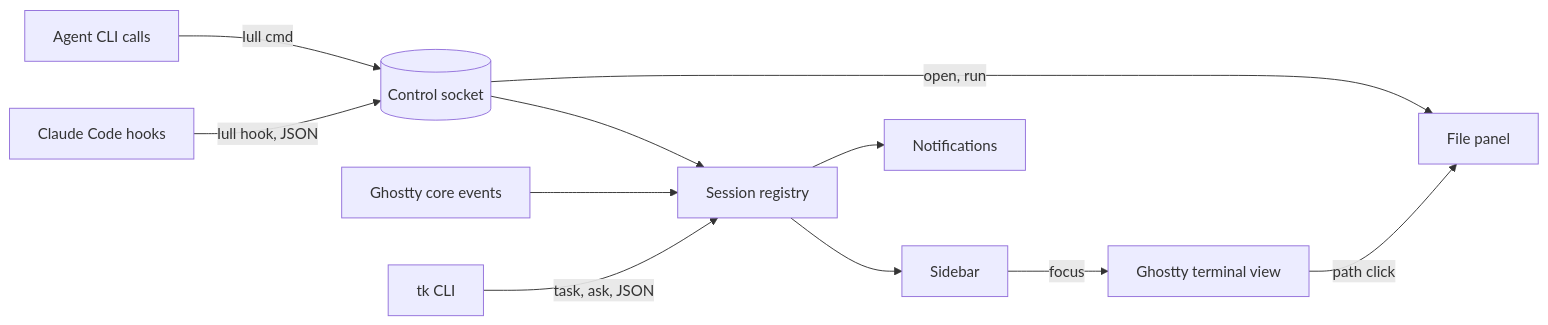
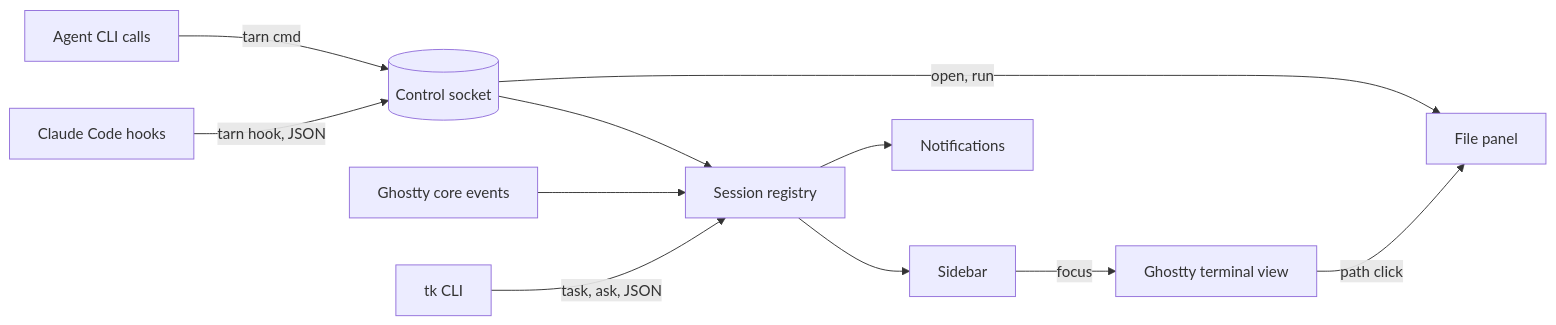
The diagram in docs/spec.md (daniil4545/tarn), drawn with Mermaid before and after one commit. The commit also changed other lines of this file and 1 other file, not shown here.

Commit message:
docs: rename the project to tarn

````diff
--- a/docs/spec.md
+++ b/docs/spec.md
@@ -72,13 +72,13 @@
 ```mermaid
 flowchart LR
-  cc["Claude Code hooks"] -->|"lull hook, JSON"| sock[("Control socket")]
-  agent["Agent CLI calls"] -->|"lull cmd"| sock
+  cc["Claude Code hooks"] -->|"tarn hook, JSON"| sock[("Control socket")]
+  agent["Agent CLI calls"] -->|"tarn cmd"| sock
   sock --> reg["Session registry"]
   core["Ghostty core events"] --> reg
   tk["tk CLI"] -->|"task, ask, JSON"| reg
   reg --> side["Sidebar"]
   reg --> note["Notifications"]
   side -->|"focus"| term["Ghostty terminal view"]
   term -->|"path click"| panel["File panel"]
   sock -->|"open, run"| panel
 ```
````
